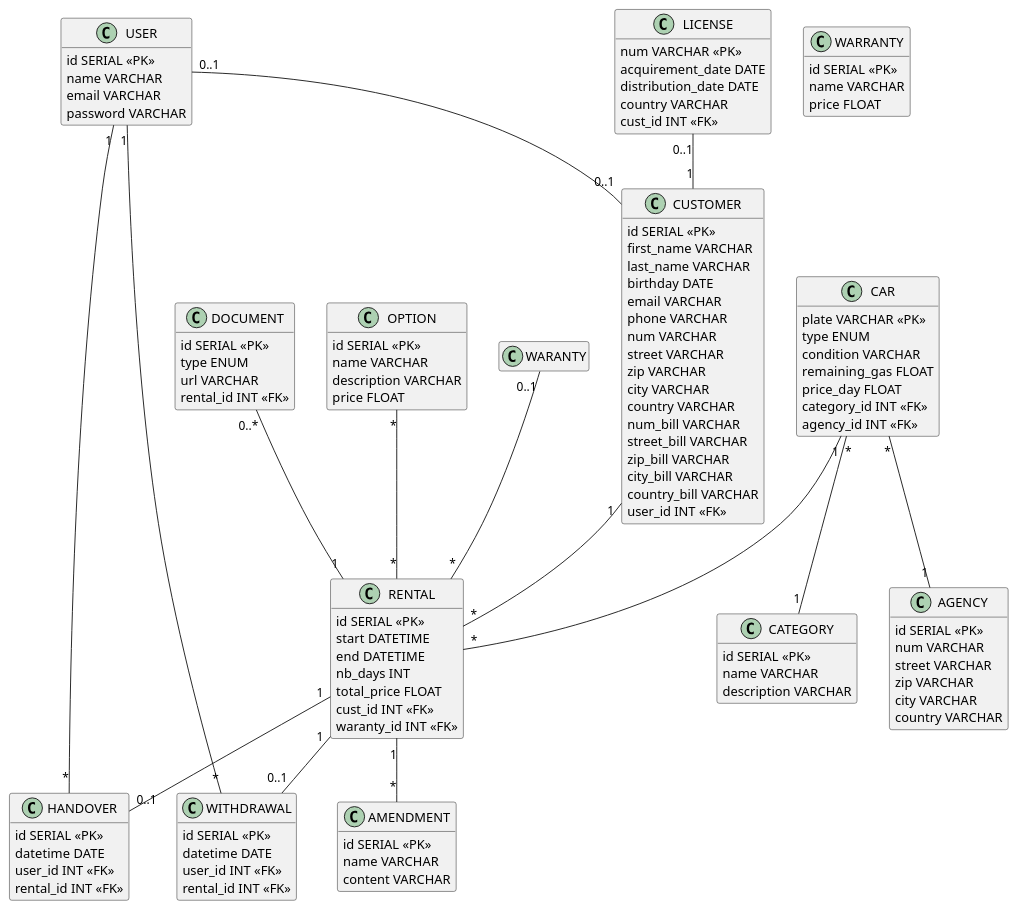
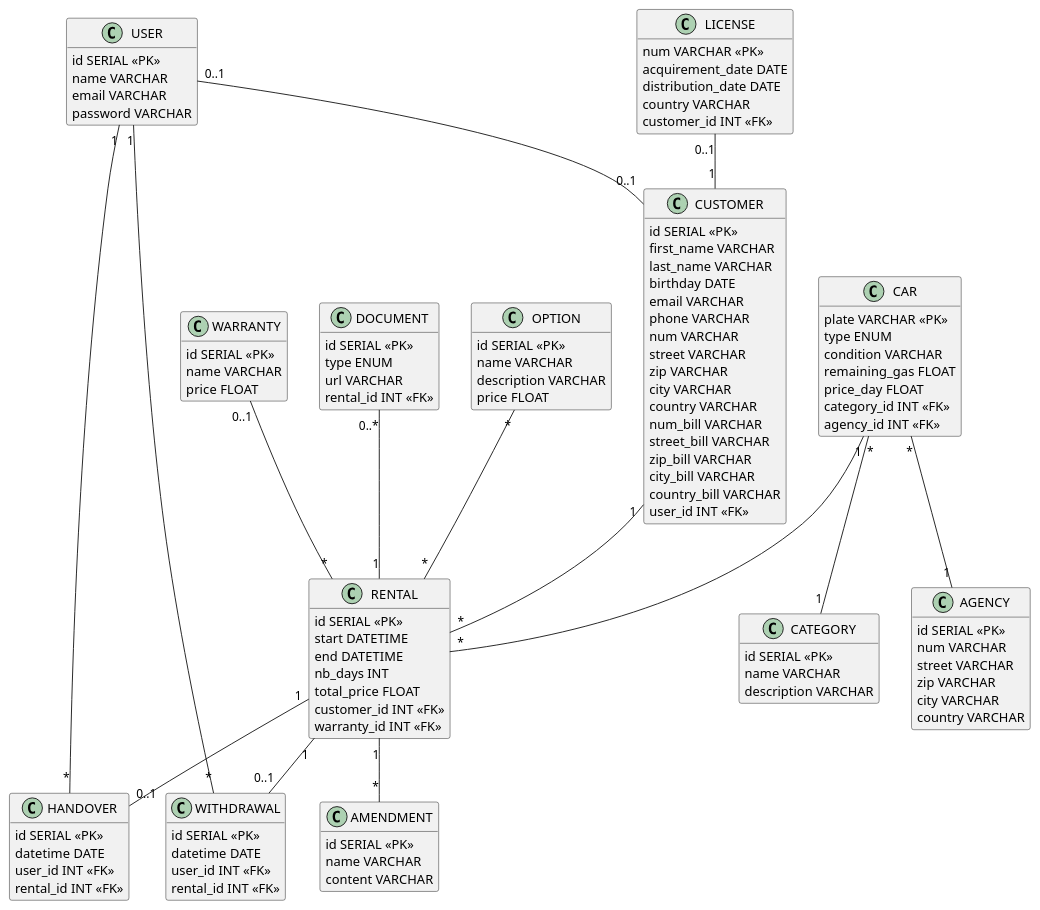
Before and after one commit to axelriv62/roulmapoul-api: the diagram in diagram.puml, drawn with PlantUML.

Commit message:
fix: petites corrections

```diff
--- a/diagram.puml
+++ b/diagram.puml
@@ -1,129 +1,129 @@
 @startuml
 hide empty members
 
 class USER {
     id SERIAL <<PK>>
     name VARCHAR
     email VARCHAR
     password VARCHAR
 }
 
 class CUSTOMER {
     id SERIAL <<PK>>
     first_name VARCHAR
     last_name VARCHAR
     birthday DATE
     email VARCHAR
     phone VARCHAR
     num VARCHAR
     street VARCHAR
     zip VARCHAR
     city VARCHAR
     country VARCHAR
     num_bill VARCHAR
     street_bill VARCHAR
     zip_bill VARCHAR
     city_bill VARCHAR
     country_bill VARCHAR
     user_id INT <<FK>>
 }
 
 class RENTAL {
     id SERIAL <<PK>>
     start DATETIME
     end DATETIME
     nb_days INT
     total_price FLOAT
-    cust_id INT <<FK>>
-    waranty_id INT <<FK>>
+    customer_id INT <<FK>>
+    warranty_id INT <<FK>>
 }
 
 class LICENSE {
     num VARCHAR <<PK>>
     acquirement_date DATE
     distribution_date DATE
     country VARCHAR
-    cust_id INT <<FK>>
+    customer_id INT <<FK>>
 }
 
 class WARRANTY {
     id SERIAL <<PK>>
     name VARCHAR
     price FLOAT
 }
 
 class AMENDMENT {
     id SERIAL <<PK>>
     name VARCHAR
     content VARCHAR
 }
 
 class DOCUMENT {
     id SERIAL <<PK>>
     type ENUM
     url VARCHAR
     rental_id INT <<FK>>
 }
 
 class WITHDRAWAL {
     id SERIAL <<PK>>
     datetime DATE
     user_id INT <<FK>>
     rental_id INT <<FK>>
 }
 
 class HANDOVER {
     id SERIAL <<PK>>
     datetime DATE
     user_id INT <<FK>>
     rental_id INT <<FK>>
 }
 
 class CAR {
     plate VARCHAR <<PK>>
     type ENUM
     condition VARCHAR
     remaining_gas FLOAT
     price_day FLOAT
     category_id INT <<FK>>
     agency_id INT <<FK>>
 }
 
 class OPTION {
     id SERIAL <<PK>>
     name VARCHAR
     description VARCHAR
     price FLOAT
 }
 
 class CATEGORY {
     id SERIAL <<PK>>
     name VARCHAR
     description VARCHAR
 }
 
 class AGENCY {
     id SERIAL <<PK>>
     num VARCHAR
     street VARCHAR
     zip VARCHAR
     city VARCHAR
     country VARCHAR
 }
 
 CAR "*" -- "1" AGENCY
 CAR "*" -- "1" CATEGORY
 CAR "1" -- "*" RENTAL
 RENTAL "1" -- "*" AMENDMENT
 RENTAL "1" -- "0..1" WITHDRAWAL
 WITHDRAWAL "*" -- "1" USER
 USER "0..1" -- "0..1" CUSTOMER
 LICENSE "0..1" -- "1" CUSTOMER
-WARANTY "0..1" -- "*" RENTAL
+WARRANTY "0..1" -- "*" RENTAL
 OPTION "*" -- "*" RENTAL
 DOCUMENT "0..*" -- "1" RENTAL
 USER "1" -- "*" HANDOVER
 RENTAL "1" -- "0..1" HANDOVER
 CUSTOMER "1" -- "*" RENTAL
 
 @enduml
```
